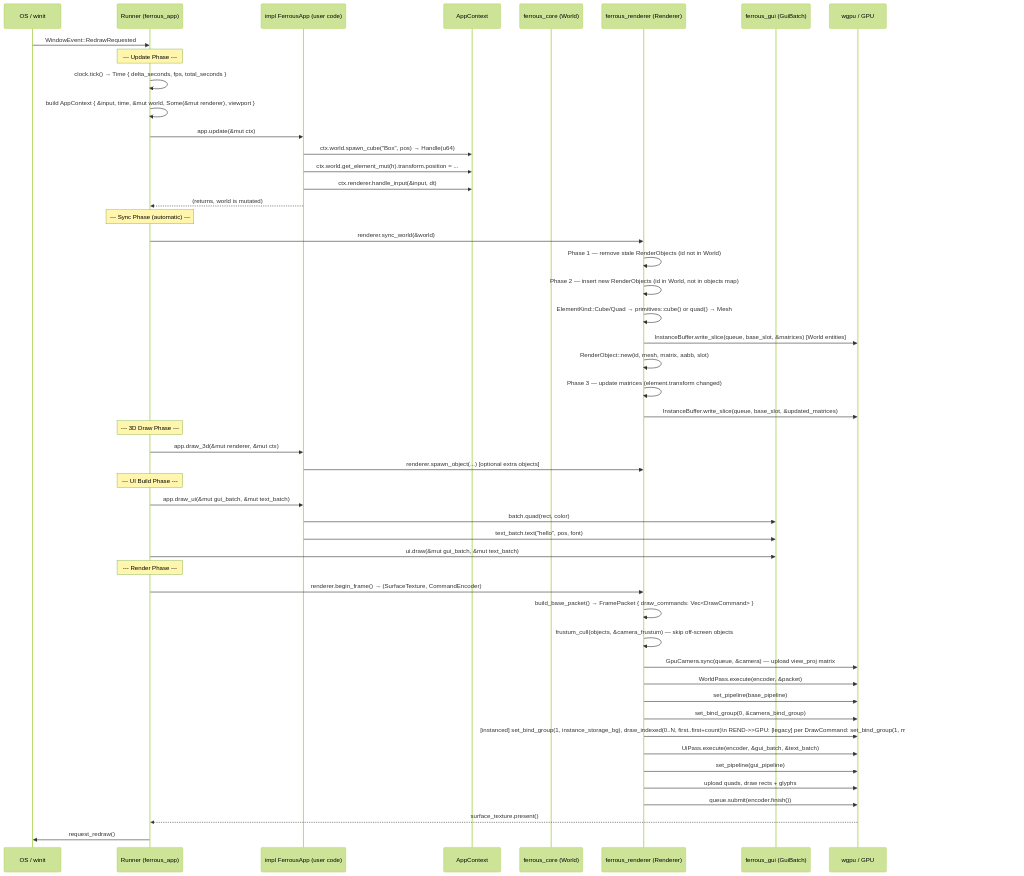
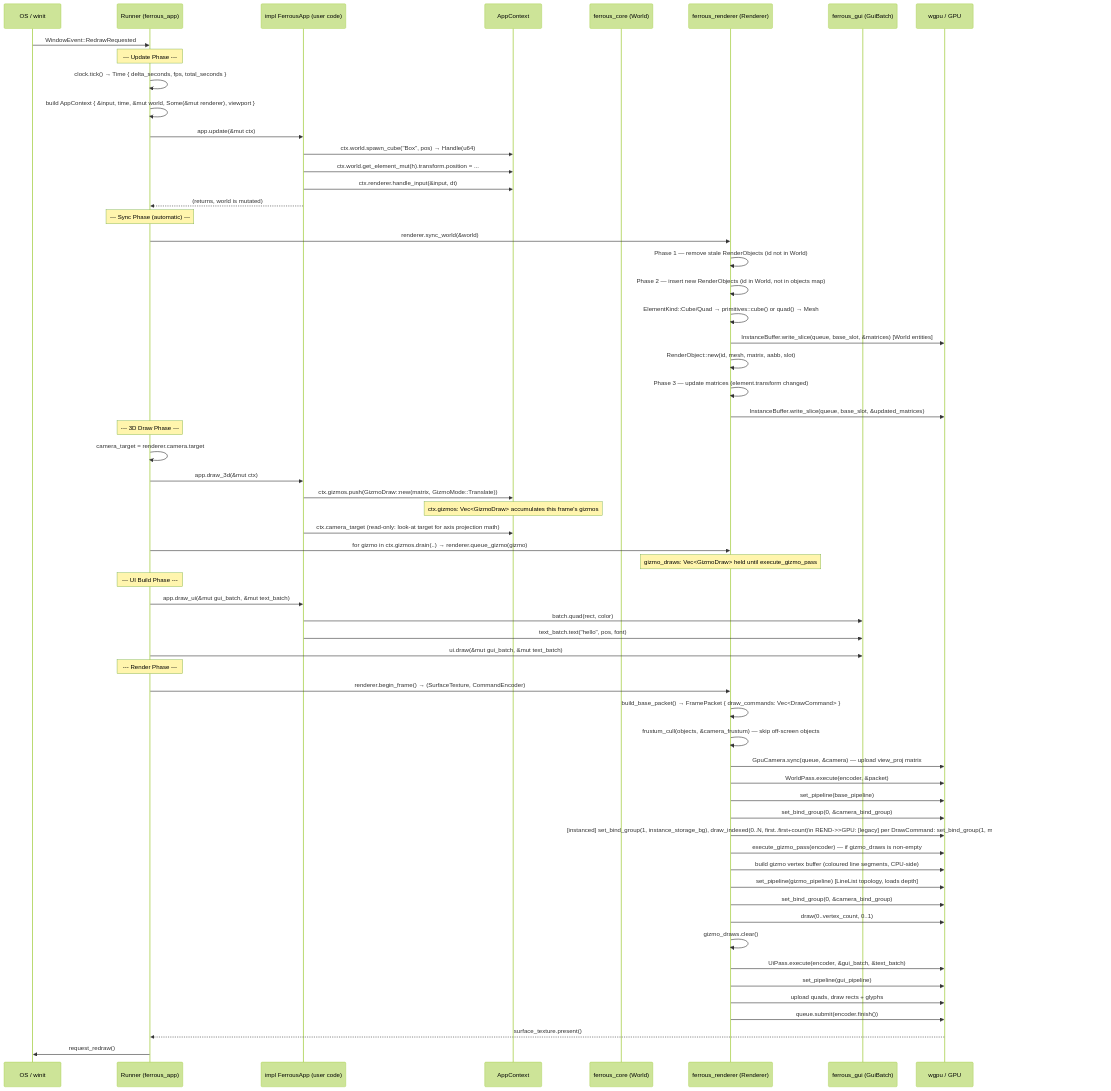
One commit to jvchiappini/FerrousEngine changed the first of 5 diagrams in flowmaps/frame-loop.md. Above: the diagram before and after it, drawn with Mermaid (forest theme). The commit also changed other lines of this file and 17 other files, not shown here.

First line of the commit message:
feat(gizmo): add support for editor gizmos with rotation, translation, and scaling handles

````diff
--- a/flowmaps/frame-loop.md
+++ b/flowmaps/frame-loop.md
@@ -9,58 +9,69 @@
 ```mermaid
 sequenceDiagram
     participant OS  as OS / winit
     participant RUN as Runner (ferrous_app)
     participant APP as impl FerrousApp (user code)
     participant CTX as AppContext
     participant CORE as ferrous_core (World)
     participant REND as ferrous_renderer (Renderer)
     participant GUI as ferrous_gui (GuiBatch)
     participant GPU as wgpu / GPU
 
     OS->>RUN: WindowEvent::RedrawRequested
 
     Note over RUN: --- Update Phase ---
     RUN->>RUN: clock.tick() → Time { delta_seconds, fps, total_seconds }
     RUN->>RUN: build AppContext { &input, time, &mut world, Some(&mut renderer), viewport }
     RUN->>APP: app.update(&mut ctx)
     APP->>CTX: ctx.world.spawn_cube("Box", pos) → Handle(u64)
     APP->>CTX: ctx.world.get_element_mut(h).transform.position = ...
     APP->>CTX: ctx.renderer.handle_input(&input, dt)
     APP-->>RUN: (returns, world is mutated)
 
     Note over RUN: --- Sync Phase (automatic) ---
     RUN->>REND: renderer.sync_world(&world)
     REND->>REND: Phase 1 — remove stale RenderObjects (id not in World)
     REND->>REND: Phase 2 — insert new RenderObjects (id in World, not in objects map)
     REND->>REND:   ElementKind::Cube/Quad → primitives::cube() or quad() → Mesh
     REND->>GPU:   InstanceBuffer.write_slice(queue, base_slot, &matrices) [World entities]
     REND->>REND:   RenderObject::new(id, mesh, matrix, aabb, slot)
     REND->>REND: Phase 3 — update matrices (element.transform changed)
     REND->>GPU:   InstanceBuffer.write_slice(queue, base_slot, &updated_matrices)
 
     Note over RUN: --- 3D Draw Phase ---
-    RUN->>APP: app.draw_3d(&mut renderer, &mut ctx)
-    APP->>REND: renderer.spawn_object(...)  [optional extra objects]
+    RUN->>RUN: camera_target = renderer.camera.target
+    RUN->>APP: app.draw_3d(&mut ctx)
+    APP->>CTX: ctx.gizmos.push(GizmoDraw::new(matrix, GizmoMode::Translate))
+    Note over CTX: ctx.gizmos: Vec<GizmoDraw> accumulates this frame's gizmos
+    APP->>CTX: ctx.camera_target  (read-only: look-at target for axis projection math)
+    RUN->>REND: for gizmo in ctx.gizmos.drain(..) → renderer.queue_gizmo(gizmo)
+    Note over REND: gizmo_draws: Vec<GizmoDraw> held until execute_gizmo_pass
 
     Note over RUN: --- UI Build Phase ---
     RUN->>APP: app.draw_ui(&mut gui_batch, &mut text_batch)
     APP->>GUI: batch.quad(rect, color)
     APP->>GUI: text_batch.text("hello", pos, font)
     RUN->>GUI: ui.draw(&mut gui_batch, &mut text_batch)
 
     Note over RUN: --- Render Phase ---
     RUN->>REND: renderer.begin_frame() → (SurfaceTexture, CommandEncoder)
     REND->>REND: build_base_packet() → FramePacket { draw_commands: Vec<DrawCommand> }
     REND->>REND:   frustum_cull(objects, &camera_frustum) — skip off-screen objects
     REND->>GPU: GpuCamera.sync(queue, &camera) — upload view_proj matrix
-    REND->>GPU: WorldPass.execute(encoder, &packet)
+        REND->>GPU: WorldPass.execute(encoder, &packet)
     REND->>GPU:   set_pipeline(base_pipeline)
     REND->>GPU:   set_bind_group(0, &camera_bind_group)
     REND->>GPU:   [instanced] set_bind_group(1, instance_storage_bg), draw_indexed(0..N, first..first+count)\n    REND->>GPU:   [legacy]    per DrawCommand: set_bind_group(1, model_slot_offset), draw_indexed(0..N, 0..1)
+    REND->>GPU: execute_gizmo_pass(encoder) — if gizmo_draws is non-empty
+    REND->>GPU:   build gizmo vertex buffer (coloured line segments, CPU-side)
+    REND->>GPU:   set_pipeline(gizmo_pipeline)  [LineList topology, loads depth]
+    REND->>GPU:   set_bind_group(0, &camera_bind_group)
+    REND->>GPU:   draw(0..vertex_count, 0..1)
+    REND->>REND:  gizmo_draws.clear()
     REND->>GPU: UiPass.execute(encoder, &gui_batch, &text_batch)
     REND->>GPU:   set_pipeline(gui_pipeline)
     REND->>GPU:   upload quads, draw rects + glyphs
     REND->>GPU: queue.submit(encoder.finish())
     GPU-->>RUN: surface_texture.present()
     RUN->>OS: request_redraw()
 ```
````
